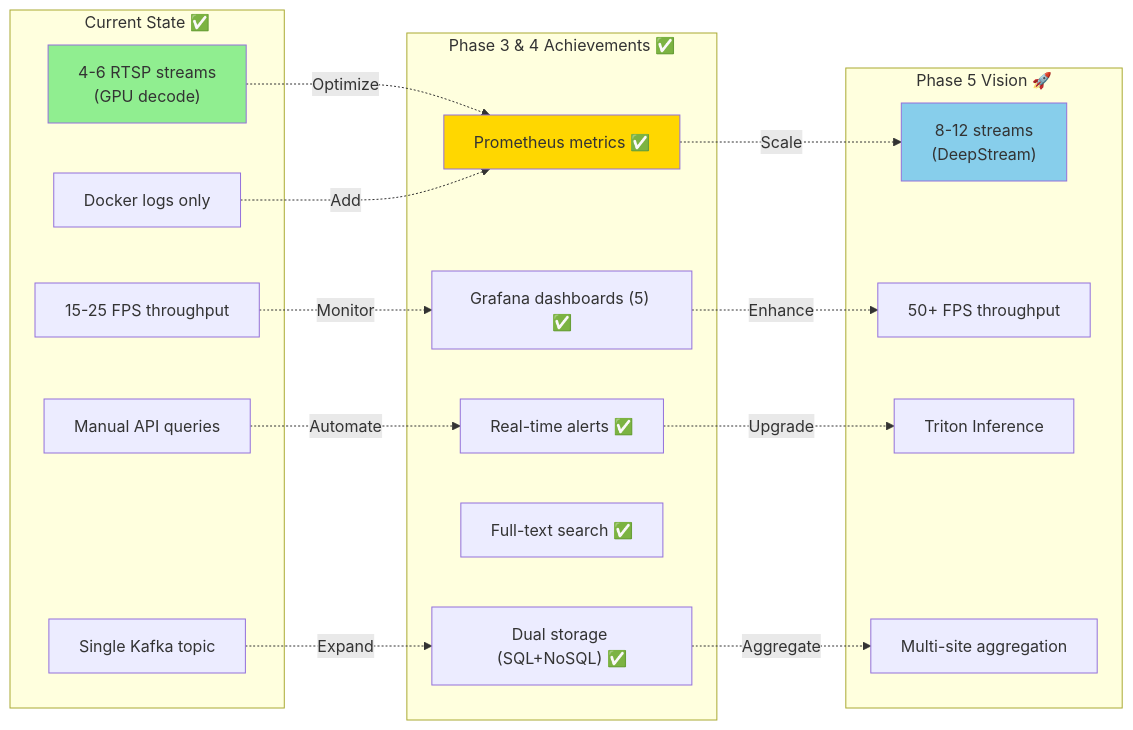
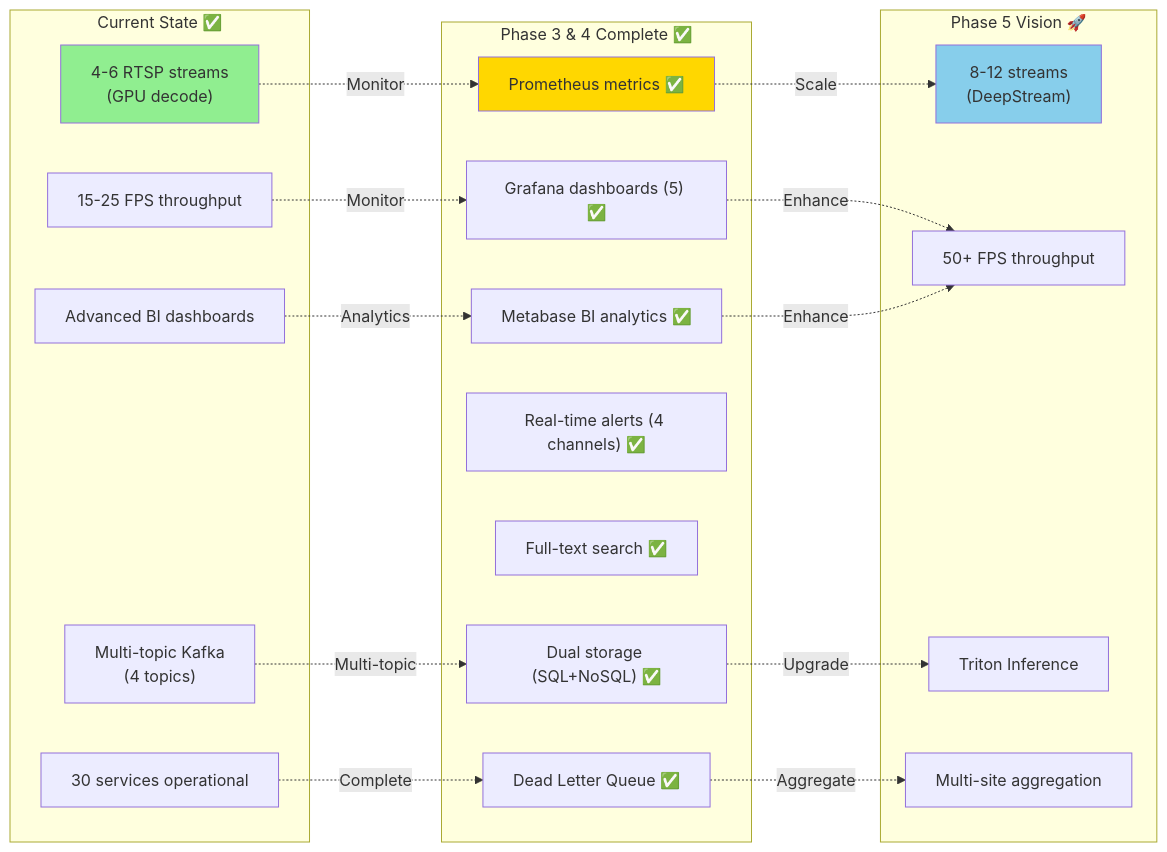
The eighth of 9 diagrams in docs/alpr/project-architecture-chart.md (Azhundev/oversight-alpr-app), drawn with Mermaid before and after one commit. The commit also changed other lines of this file and 17 other files, not shown here.

First line of the commit message:
feat: Complete Phase 4 with Metabase BI and finalize enterprise documentation

````diff
--- a/docs/alpr/project-architecture-chart.md
+++ b/docs/alpr/project-architecture-chart.md
@@ -393,40 +398,43 @@
 ```mermaid
 graph LR
     subgraph "Current State ✅"
         C1["4-6 RTSP streams<br/>(GPU decode)"]
         C2["15-25 FPS throughput"]
-        C3["Docker logs only"]
-        C4["Manual API queries"]
-        C5["Single Kafka topic"]
+        C3["Multi-topic Kafka<br/>(4 topics)"]
+        C4["Advanced BI dashboards"]
+        C5["30 services operational"]
     end
 
-    subgraph "Phase 3 & 4 Achievements ✅"
+    subgraph "Phase 3 & 4 Complete ✅"
         G1["Prometheus metrics ✅"]
         G2["Grafana dashboards (5) ✅"]
-        G3["Real-time alerts ✅"]
-        G4["Full-text search ✅"]
-        G5["Dual storage (SQL+NoSQL) ✅"]
+        G3["Metabase BI analytics ✅"]
+        G4["Real-time alerts (4 channels) ✅"]
+        G5["Full-text search ✅"]
+        G6["Dual storage (SQL+NoSQL) ✅"]
+        G7["Dead Letter Queue ✅"]
     end
 
     subgraph "Phase 5 Vision 🚀"
         V1["8-12 streams<br/>(DeepStream)"]
         V2["50+ FPS throughput"]
         V3["Triton Inference"]
         V4["Multi-site aggregation"]
     end
 
-    C1 -.->|"Optimize"| G1
+    C1 -.->|"Monitor"| G1
     C2 -.->|"Monitor"| G2
-    C3 -.->|"Add"| G1
-    C4 -.->|"Automate"| G3
-    C5 -.->|"Expand"| G5
+    C3 -.->|"Multi-topic"| G6
+    C4 -.->|"Analytics"| G3
+    C5 -.->|"Complete"| G7
 
     G1 -.->|"Scale"| V1
     G2 -.->|"Enhance"| V2
-    G3 -.->|"Upgrade"| V3
-    G5 -.->|"Aggregate"| V4
+    G3 -.->|"Enhance"| V2
+    G6 -.->|"Upgrade"| V3
+    G7 -.->|"Aggregate"| V4
 
     style C1 fill:#90EE90
     style G1 fill:#FFD700
     style V1 fill:#87CEEB
 ```
````
